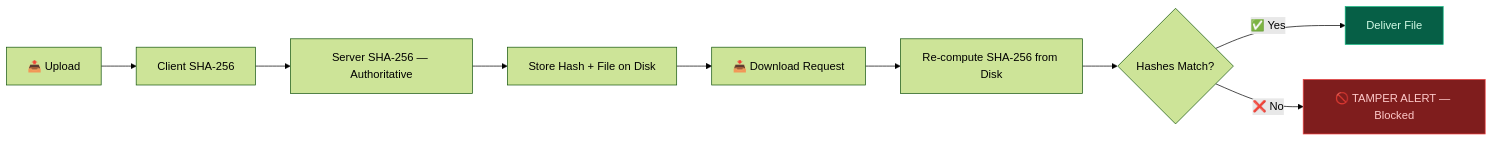
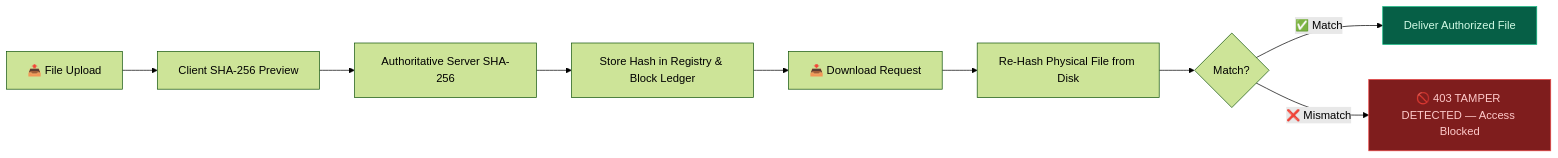
One commit to pranavkadam-cs/judicator-docs changed the second of 4 diagrams in README.md. Above: the diagram before and after it, drawn with Mermaid (forest theme). The commit also changed other lines of this file and 21 other files, not shown here.

````diff
--- a/README.md
+++ b/README.md
@@ -98,14 +114,14 @@
 ```mermaid
 flowchart LR
-    Upload[📤 Upload] --> ClientHash[Client SHA-256]
-    ClientHash --> ServerHash[Server SHA-256 — Authoritative]
-    ServerHash --> Store[Store Hash + File on Disk]
+    Upload[📤 File Upload] --> ClientHash[Client SHA-256 Preview]
+    ClientHash --> ServerHash[Authoritative Server SHA-256]
+    ServerHash --> Store[Store Hash in Registry & Block Ledger]
     Store --> Download[📥 Download Request]
-    Download --> ReHash[Re-compute SHA-256 from Disk]
-    ReHash --> Compare{Hashes Match?}
-    Compare -->|✅ Yes| Deliver[Deliver File]
-    Compare -->|❌ No| Block[🚫 TAMPER ALERT — Blocked]
+    Download --> ReHash[Re-Hash Physical File from Disk]
+    ReHash --> Compare{Match?}
+    Compare -->|✅ Match| Deliver[Deliver Authorized File]
+    Compare -->|❌ Mismatch| Block[🚫 403 TAMPER DETECTED — Access Blocked]
 
     style Block fill:#7f1d1d,stroke:#ef4444,color:#fecaca
     style Deliver fill:#065f46,stroke:#10b981,color:#d1fae5
 ```
````
